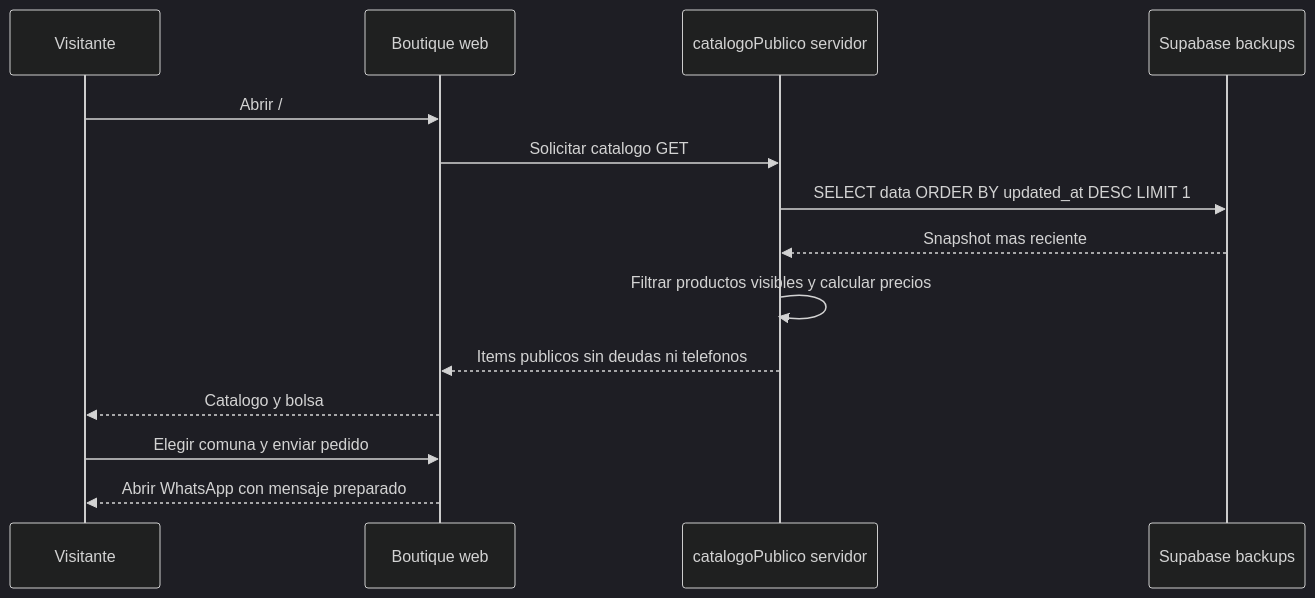
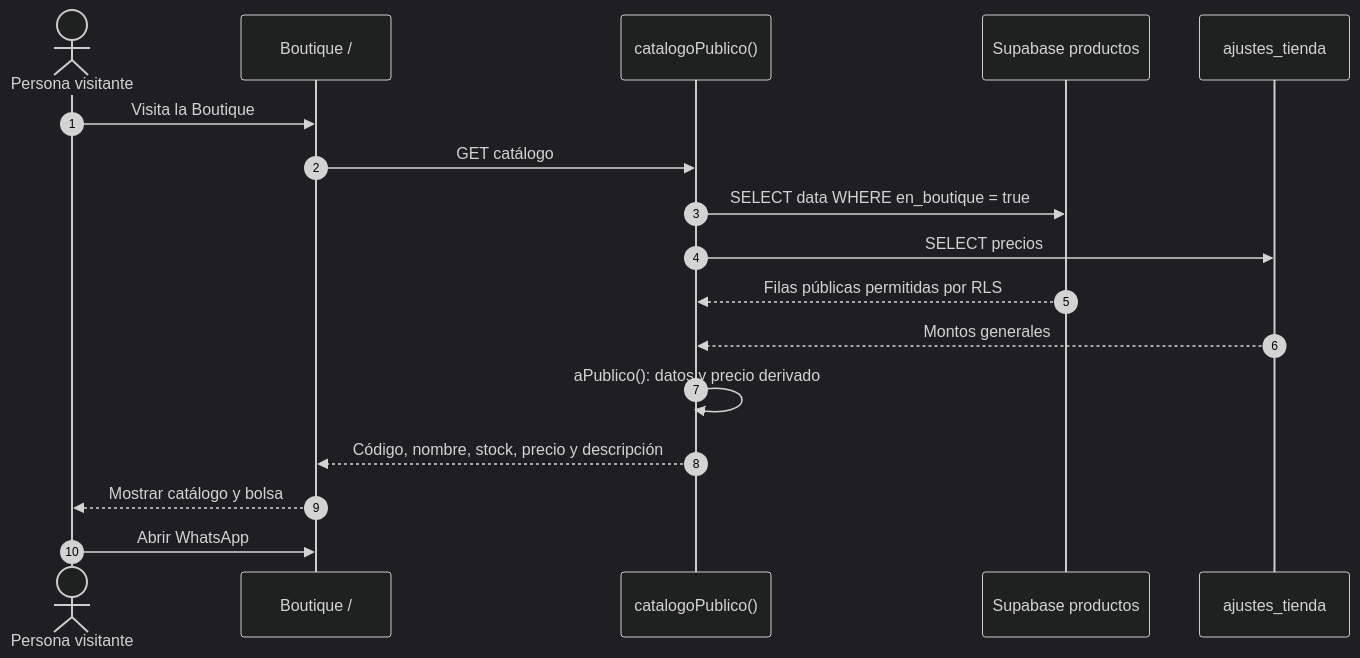
One commit to NicoCG32/Bodega-PaMaRa changed the first of 2 diagrams in docs/tecnica/05-boutique-y-seguridad.md. Above: the diagram before and after it, drawn with Mermaid (dark theme). The commit also changed other lines of this file and 2 other files, not shown here.

Commit message:
docs: corregir arquitectura, tablas reales, sincronización y seguridad de Boutique

````diff
--- a/docs/tecnica/05-boutique-y-seguridad.md
+++ b/docs/tecnica/05-boutique-y-seguridad.md
@@ -9,16 +9,19 @@
 ```mermaid
 sequenceDiagram
-  participant V as Visitante
-  participant W as Boutique web
-  participant F as catalogoPublico servidor
-  participant DB as Supabase backups
-  V->>W: Abrir /
-  W->>F: Solicitar catalogo GET
-  F->>DB: SELECT data ORDER BY updated_at DESC LIMIT 1
-  DB-->>F: Snapshot mas reciente
-  F->>F: Filtrar productos visibles y calcular precios
-  F-->>W: Items publicos sin deudas ni telefonos
-  W-->>V: Catalogo y bolsa
-  V->>W: Elegir comuna y enviar pedido
-  W-->>V: Abrir WhatsApp con mensaje preparado
+    autonumber
+    actor C as Persona visitante
+    participant UI as Boutique /
+    participant API as catalogoPublico()
+    participant DB as Supabase productos
+    participant PRICE as ajustes_tienda
+    C->>UI: Visita la Boutique
+    UI->>API: GET catálogo
+    API->>DB: SELECT data WHERE en_boutique = true
+    API->>PRICE: SELECT precios
+    DB-->>API: Filas públicas permitidas por RLS
+    PRICE-->>API: Montos generales
+    API->>API: aPublico(): datos y precio derivado
+    API-->>UI: Código, nombre, stock, precio y descripción
+    UI-->>C: Mostrar catálogo y bolsa
+    C->>UI: Abrir WhatsApp
 ```
````
